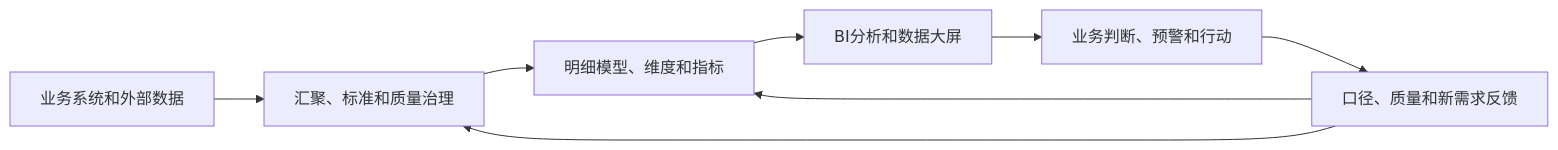
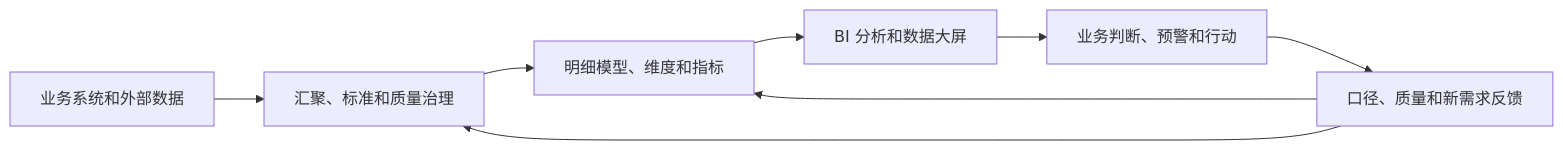
The diagram in docs/books/数据治理100问/02-概念辨析篇/014-数据治理和BI.md (pampa0629/addp), drawn with Mermaid before and after one commit. The commit also changed other lines of this file and 357 other files, not shown here.

````diff
--- a/docs/books/数据治理100问/02-概念辨析篇/014-数据治理和BI.md
+++ b/docs/books/数据治理100问/02-概念辨析篇/014-数据治理和BI.md
@@ -50,10 +50,10 @@
 ```mermaid
 flowchart LR
     A["业务系统和外部数据"] --> B["汇聚、标准和质量治理"]
     B --> C["明细模型、维度和指标"]
-    C --> D["BI分析和数据大屏"]
+    C --> D["BI 分析和数据大屏"]
     D --> E["业务判断、预警和行动"]
     E --> F["口径、质量和新需求反馈"]
     F --> B
     F --> C
 ```
````
